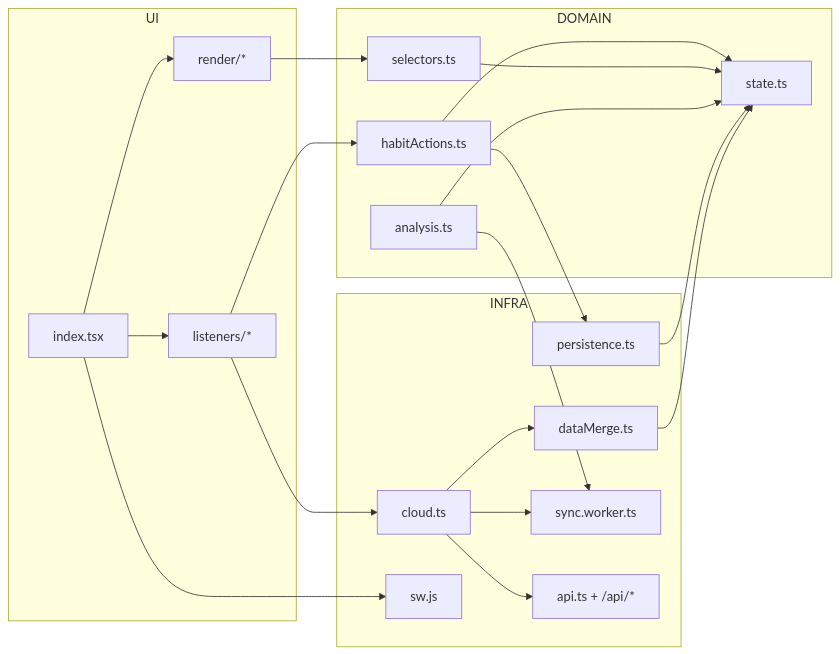
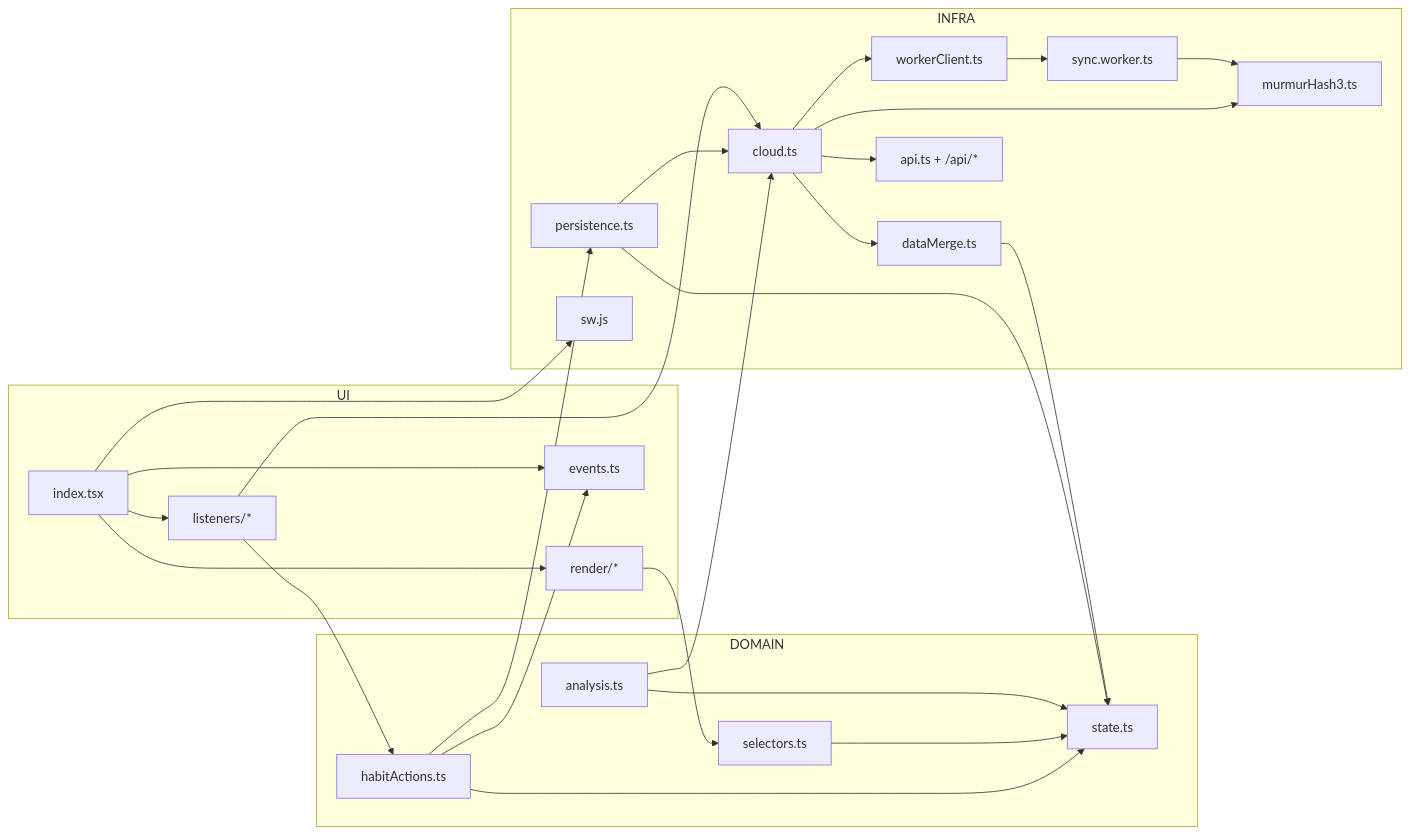
One commit to farifran/askesis changed the third of 5 diagrams in docs/ARCHITECTURE.md. Above: the diagram before and after it, drawn with Mermaid. The commit also changed other lines of this file and 2 other files, not shown here.

Commit message:
Refactor architecture diagrams: update component relationships and enhance clarity in event handling

````diff
--- a/docs/ARCHITECTURE.md
+++ b/docs/ARCHITECTURE.md
@@ -52,46 +57,55 @@
 ```mermaid
 flowchart LR
   subgraph UI
     IDX[index.tsx]
     LISTEN[listeners/*]
     RENDER[render/*]
+    EVENTS[events.ts]
   end
 
   subgraph DOMAIN
     ACTIONS[habitActions.ts]
     SELECTORS[selectors.ts]
     ANALYSIS[analysis.ts]
     STATE[state.ts]
   end
 
   subgraph INFRA
     PERSIST[persistence.ts]
     CLOUD[cloud.ts]
     MERGE[dataMerge.ts]
+    WRPC[workerClient.ts]
     WORKER[sync.worker.ts]
+    HASH[murmurHash3.ts]
     API[api.ts + /api/*]
     SW[sw.js]
   end
 
   IDX --> LISTEN
   IDX --> RENDER
+  IDX --> EVENTS
 
   LISTEN --> ACTIONS
   RENDER --> SELECTORS
+  ACTIONS --> EVENTS
 
   ACTIONS --> STATE
   SELECTORS --> STATE
   ANALYSIS --> STATE
 
   ACTIONS --> PERSIST
   PERSIST --> STATE
+  PERSIST --> CLOUD
 
   LISTEN --> CLOUD
-  CLOUD --> WORKER
+  CLOUD --> HASH
+  CLOUD --> WRPC
+  WRPC --> WORKER
+  WORKER --> HASH
   CLOUD --> API
   CLOUD --> MERGE
   MERGE --> STATE
-  ANALYSIS --> WORKER
+  ANALYSIS --> CLOUD
 
   IDX --> SW
 ```
````
